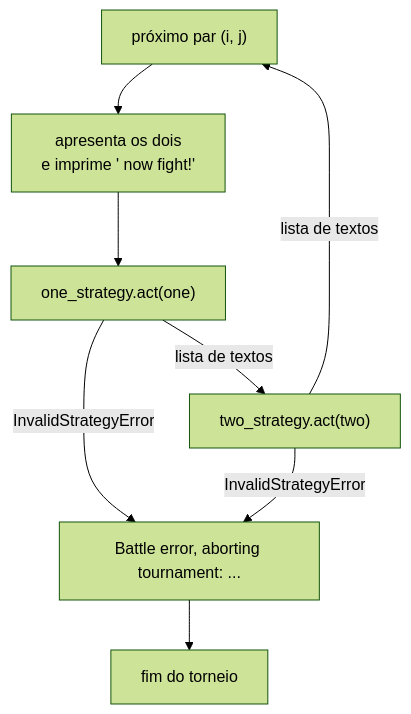
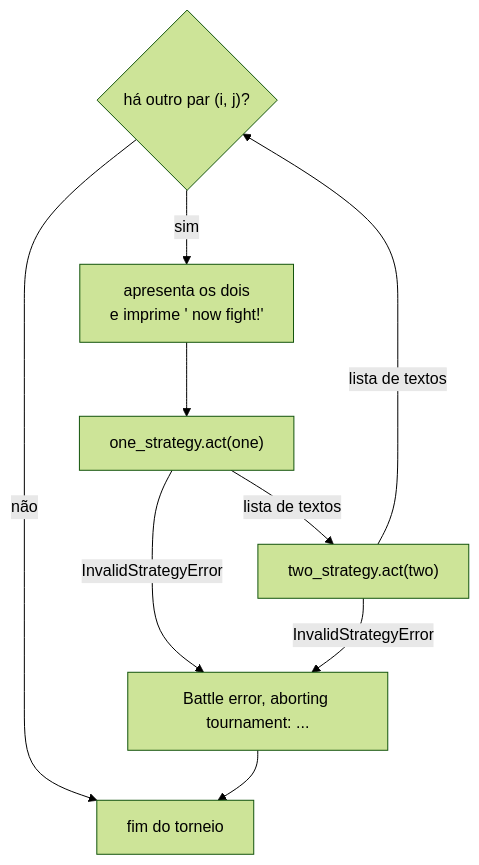
The diagram in python/python-modulo-07/tutorial/docs/05-ex2/05-a-funcao-battle.md (navegar-sistemas/dojo), drawn with Mermaid (forest theme) before and after one commit. The commit also changed other lines of this file and 329 other files, not shown here.

````diff
--- a/python/python-modulo-07/tutorial/docs/05-ex2/05-a-funcao-battle.md
+++ b/python/python-modulo-07/tutorial/docs/05-ex2/05-a-funcao-battle.md
@@ -107,10 +109,11 @@
 ```mermaid
 flowchart TD
-    start["próximo par (i, j)"] --> show["apresenta os dois<br/>e imprime ' now fight!'"]
+    start{"há outro par (i, j)?"} -->|sim| show["apresenta os dois<br/>e imprime ' now fight!'"]
     show --> a1["one_strategy.act(one)"]
     a1 -->|lista de textos| a2["two_strategy.act(two)"]
     a1 -->|InvalidStrategyError| err["Battle error, aborting tournament: ..."]
     a2 -->|lista de textos| start
     a2 -->|InvalidStrategyError| err
-    err --> fim["fim do torneio"]
+    start -->|não| fim["fim do torneio"]
+    err --> fim
 ```
````
